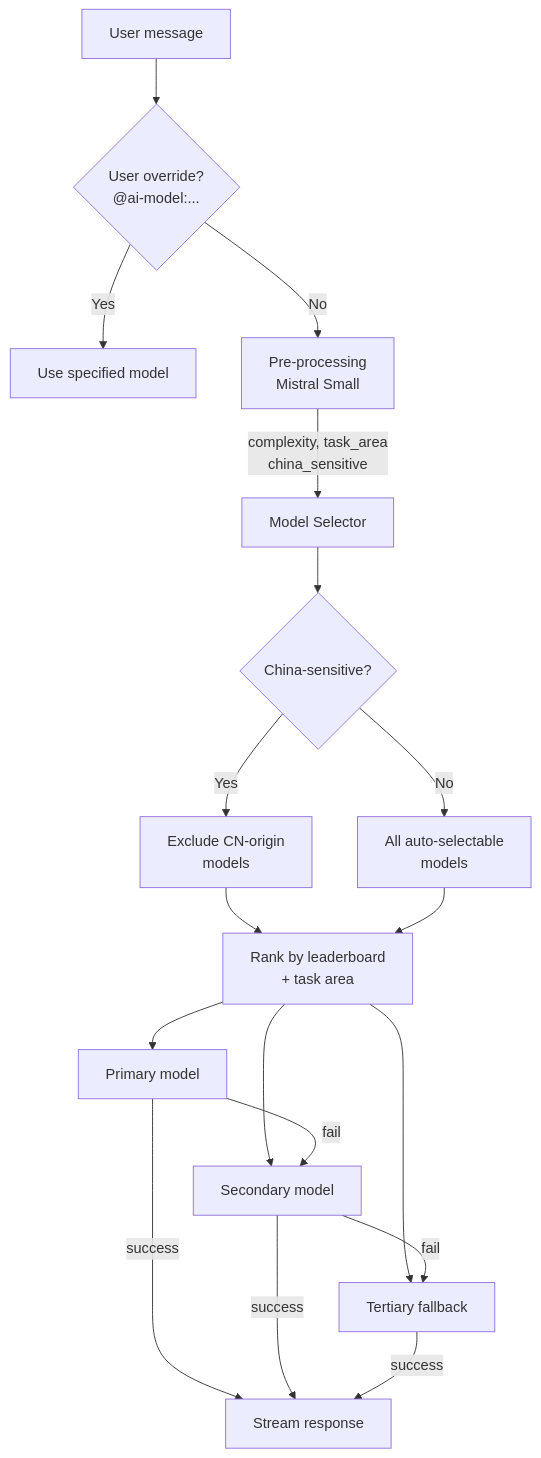
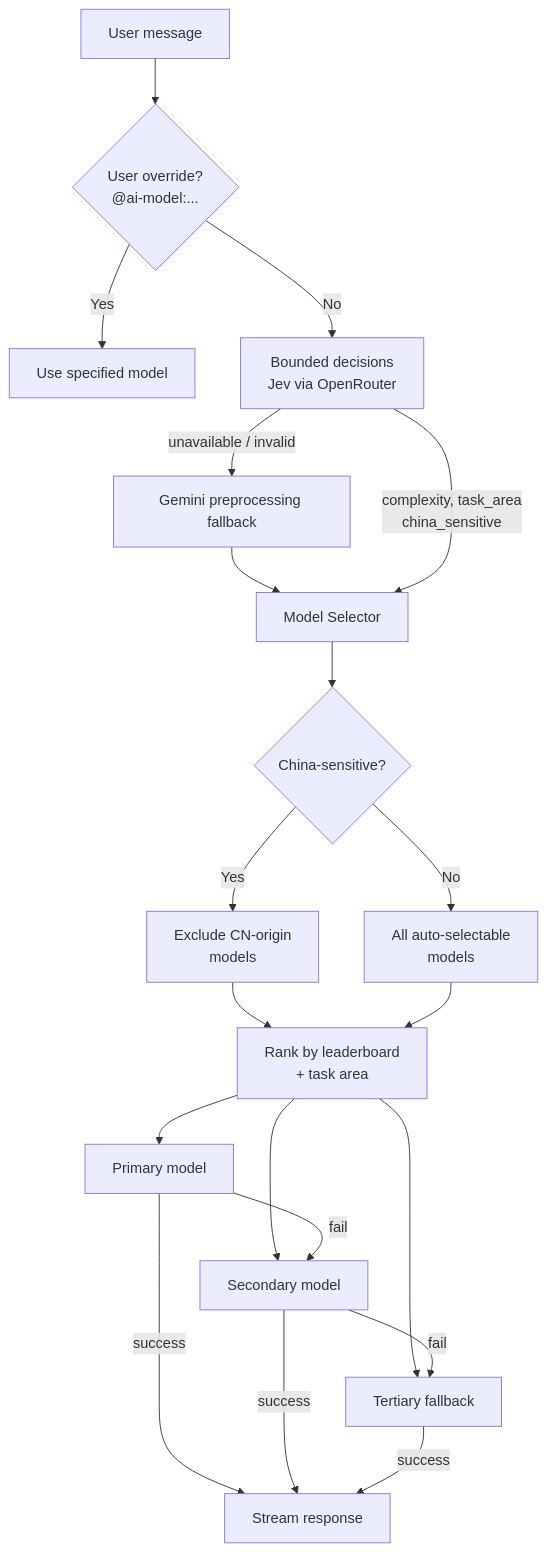
Before and after one commit to glowingkitty/OpenMates: the diagram in docs/architecture/ai/ai-model-selection.md, drawn with Mermaid. The commit also changed other lines of this file and 30 other files, not shown here.

First line of the commit message:
feat: add Jev decision processing

````diff
--- a/docs/architecture/ai/ai-model-selection.md
+++ b/docs/architecture/ai/ai-model-selection.md
@@ -59,20 +59,22 @@
 ```mermaid
 graph TB
     A["User message"] --> B{User override?<br/>@ai-model:...}
     B -->|Yes| C["Use specified model"]
-    B -->|No| D["Pre-processing<br/>Mistral Small"]
+    B -->|No| D["Bounded decisions<br/>Jev via OpenRouter"]
+    D -->|unavailable / invalid| DF["Gemini preprocessing fallback"]
+    DF --> E
     D -->|complexity, task_area<br/>china_sensitive| E["Model Selector"]
     E --> F{China-sensitive?}
     F -->|Yes| G["Exclude CN-origin<br/>models"]
     F -->|No| H["All auto-selectable<br/>models"]
     G --> I["Rank by leaderboard<br/>+ task area"]
     H --> I
     I --> J["Primary model"]
     I --> K["Secondary model"]
     I --> L["Tertiary fallback"]
     J -->|fail| K
     K -->|fail| L
     J -->|success| M["Stream response"]
     K -->|success| M
     L -->|success| M
 ```
````
